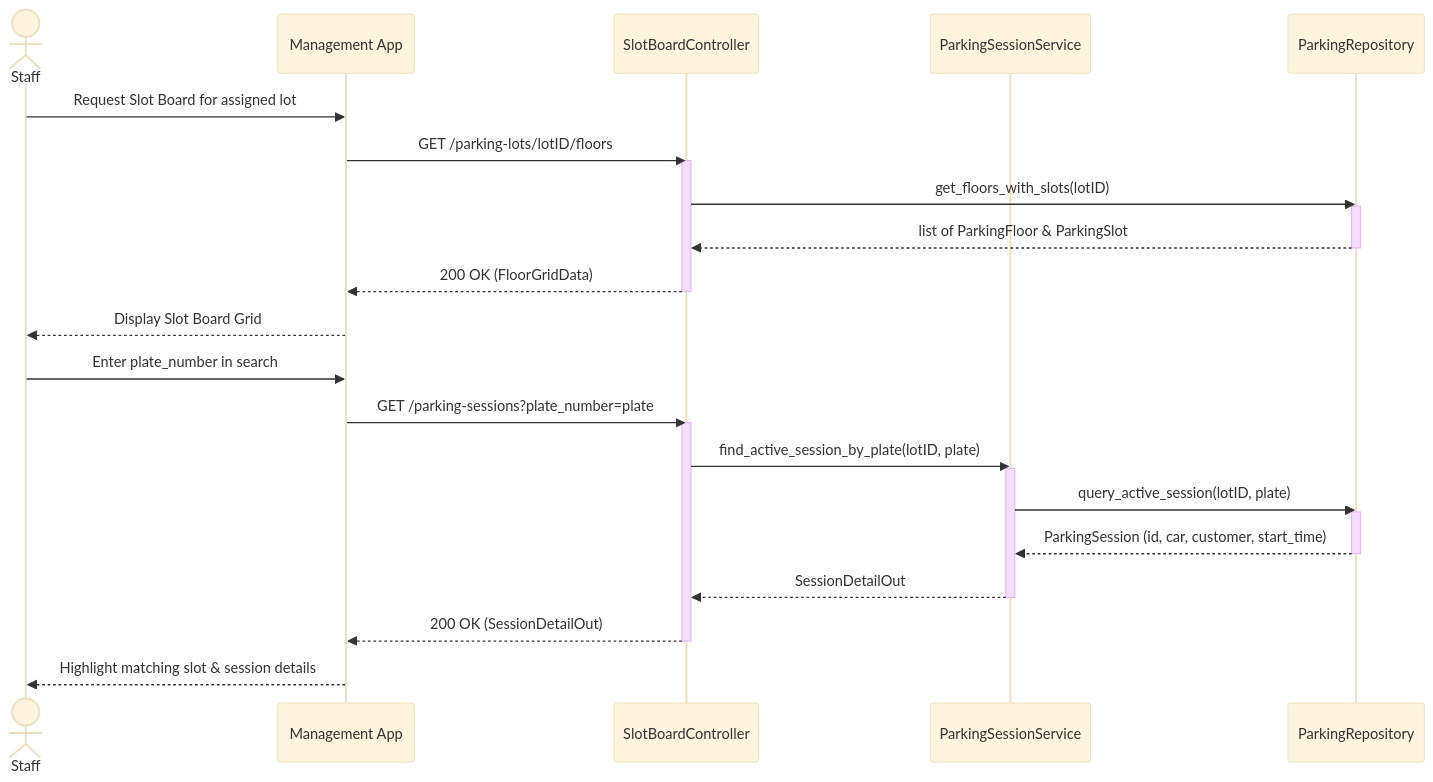
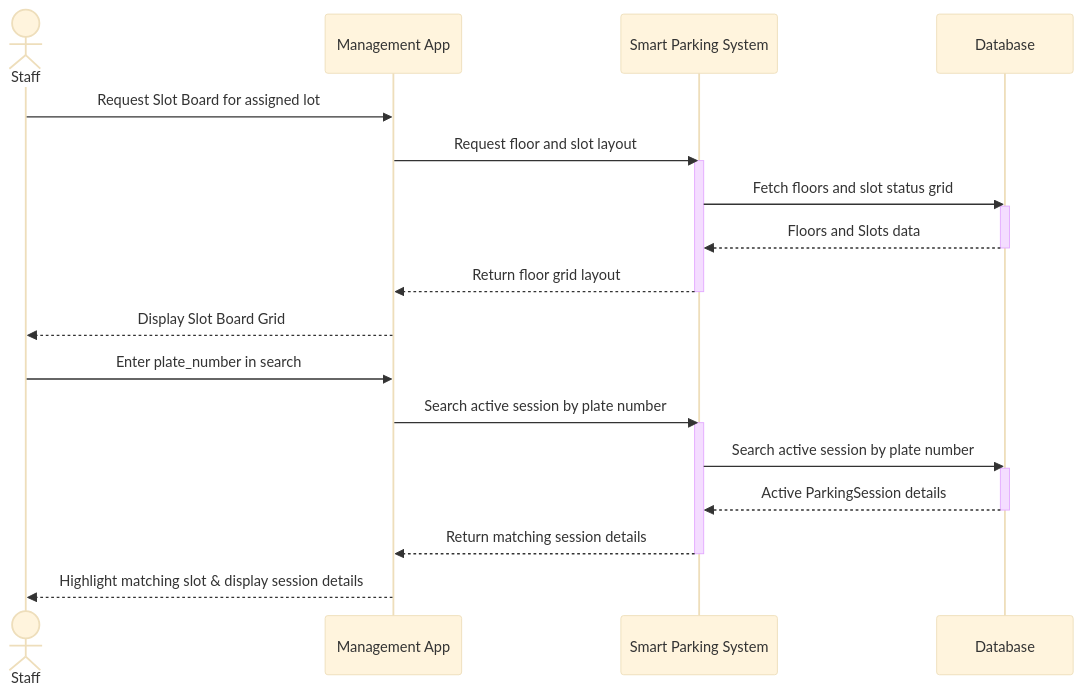
Diagram 13 of 16 in docs/Smart_Parking_Lot_System_Documentation.md (kxunsithu/smart-parking-lot-system), drawn with Mermaid (base theme) before and after one commit. The commit also changed other lines of this file, not shown here.

````diff
--- a/docs/Smart_Parking_Lot_System_Documentation.md
+++ b/docs/Smart_Parking_Lot_System_Documentation.md
@@ -1290,34 +1231,29 @@
 ```mermaid
 sequenceDiagram
     actor Staff
     participant UI as Management App
-    participant API as SlotBoardController
-    participant Service as ParkingSessionService
-    participant DB as ParkingRepository
+    participant System as Smart Parking System
+    participant DB as Database
 
     Staff->>UI: Request Slot Board for assigned lot
-    UI->>API: GET /parking-lots/lotID/floors
-    activate API
-    API->>DB: get_floors_with_slots(lotID)
+    UI->>System: Request floor and slot layout
+    activate System
+    System->>DB: Fetch floors and slot status grid
     activate DB
-    DB-->>API: list of ParkingFloor & ParkingSlot
+    DB-->>System: Floors and Slots data
     deactivate DB
-    API-->>UI: 200 OK (FloorGridData)
-    deactivate API
+    System-->>UI: Return floor grid layout
+    deactivate System
     UI-->>Staff: Display Slot Board Grid
 
     Staff->>UI: Enter plate_number in search
-    UI->>API: GET /parking-sessions?plate_number=plate
-    activate API
-    API->>Service: find_active_session_by_plate(lotID, plate)
-    activate Service
-    Service->>DB: query_active_session(lotID, plate)
+    UI->>System: Search active session by plate number
+    activate System
+    System->>DB: Search active session by plate number
     activate DB
-    DB-->>Service: ParkingSession (id, car, customer, start_time)
+    DB-->>System: Active ParkingSession details
     deactivate DB
-    Service-->>API: SessionDetailOut
-    deactivate Service
-    API-->>UI: 200 OK (SessionDetailOut)
-    deactivate API
-    UI-->>Staff: Highlight matching slot & session details
+    System-->>UI: Return matching session details
+    deactivate System
+    UI-->>Staff: Highlight matching slot & display session details
 ```
````
